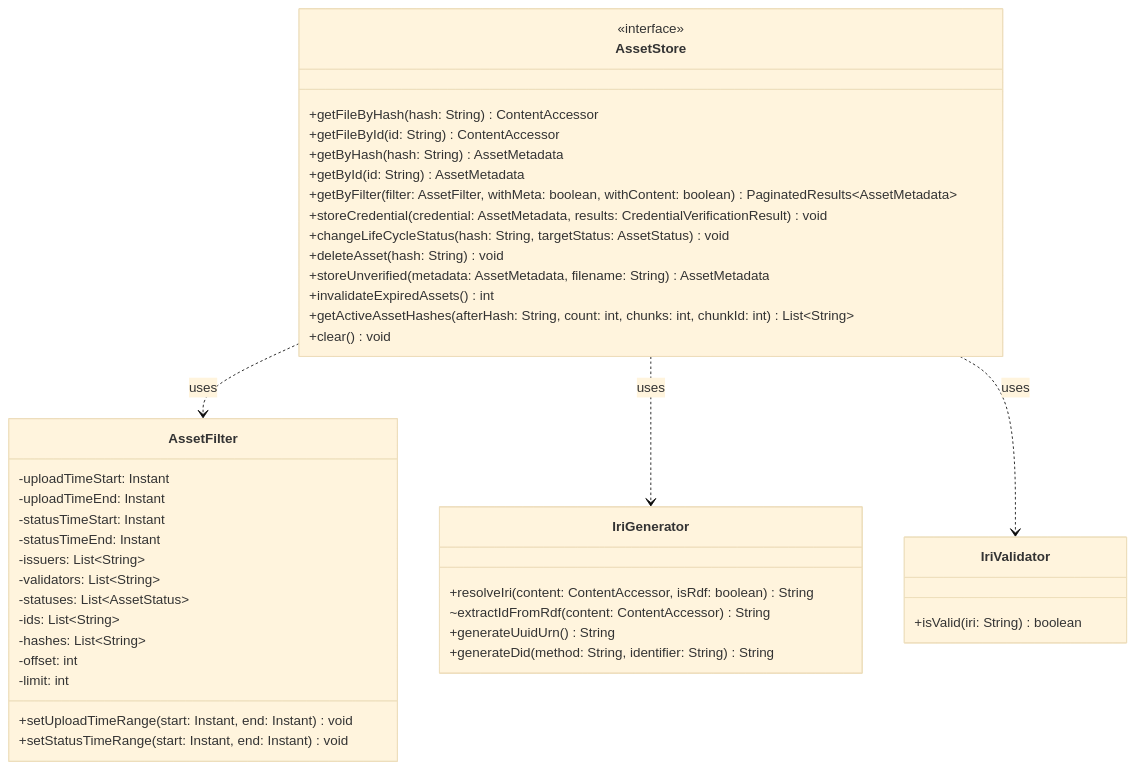
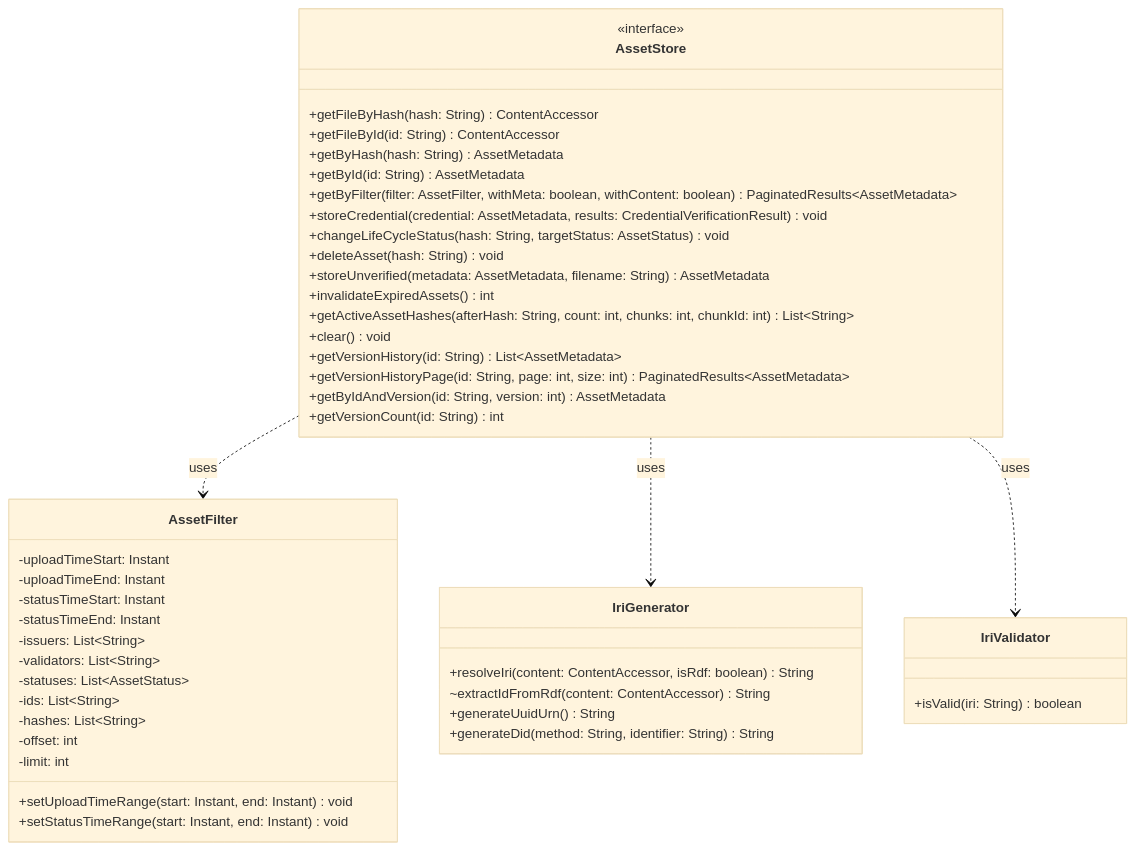
Before and after one commit to federated-catalogue-enhancements-2026/docs: the fifth of 13 diagrams in federated-catalogue/src/docs/architecture/chapters/05_building_block_view.adoc, drawn with Mermaid (base theme). The commit also changed other lines of this file and 1 other file, not shown here.

Commit message:
docs: update architecture docs for asset versioning (CAT-FR-LM-01)
- Add change_comment column to ASSET table and ASSETS_AUD ER diagram
- Remove duplicate [[_audit_history]] section
- Add version methods to AssetStore class diagram
- Update ASSET_UPDATE permission description to cover versioned updates
- Extend "Requesting a specific Asset" with ?version=X alt block
- Replace outdated "Updating a Credential" section with PUT /assets/{id} scenario
- Update "Store Credentials" diagram: in-place UPDATE replaces deprecateExisting
- Add "Get Asset Version History" runtime scenario
- Add "Revoking a Specific Asset Version" runtime scenario

```diff
--- a/federated-catalogue/src/docs/architecture/chapters/05_building_block_view.adoc
+++ b/federated-catalogue/src/docs/architecture/chapters/05_building_block_view.adoc
@@ -510,50 +510,54 @@
 [mermaid]
 ....
 classDiagram
     class AssetStore {
         <<interface>>
         +getFileByHash(hash: String) ContentAccessor
         +getFileById(id: String) ContentAccessor
         +getByHash(hash: String) AssetMetadata
         +getById(id: String) AssetMetadata
         +getByFilter(filter: AssetFilter, withMeta: boolean, withContent: boolean) PaginatedResults~AssetMetadata~
         +storeCredential(credential: AssetMetadata, results: CredentialVerificationResult) void
         +changeLifeCycleStatus(hash: String, targetStatus: AssetStatus) void
         +deleteAsset(hash: String) void
         +storeUnverified(metadata: AssetMetadata, filename: String) AssetMetadata
         +invalidateExpiredAssets() int
         +getActiveAssetHashes(afterHash: String, count: int, chunks: int, chunkId: int) List~String~
         +clear() void
+        +getVersionHistory(id: String) List~AssetMetadata~
+        +getVersionHistoryPage(id: String, page: int, size: int) PaginatedResults~AssetMetadata~
+        +getByIdAndVersion(id: String, version: int) AssetMetadata
+        +getVersionCount(id: String) int
     }
 
     class IriGenerator {
         +resolveIri(content: ContentAccessor, isRdf: boolean) String
         ~extractIdFromRdf(content: ContentAccessor) String
         +generateUuidUrn() String
         +generateDid(method: String, identifier: String) String
     }
 
     class IriValidator {
         +isValid(iri: String) boolean
     }
 
     class AssetFilter {
         -uploadTimeStart: Instant
         -uploadTimeEnd: Instant
         -statusTimeStart: Instant
         -statusTimeEnd: Instant
         -issuers: List~String~
         -validators: List~String~
         -statuses: List~AssetStatus~
         -ids: List~String~
         -hashes: List~String~
         -offset: int
         -limit: int
         +setUploadTimeRange(start: Instant, end: Instant) void
         +setStatusTimeRange(start: Instant, end: Instant) void
     }
 
     AssetStore ..> AssetFilter : uses
     AssetStore ..> IriGenerator : uses
     AssetStore ..> IriValidator : uses
 ....
```
